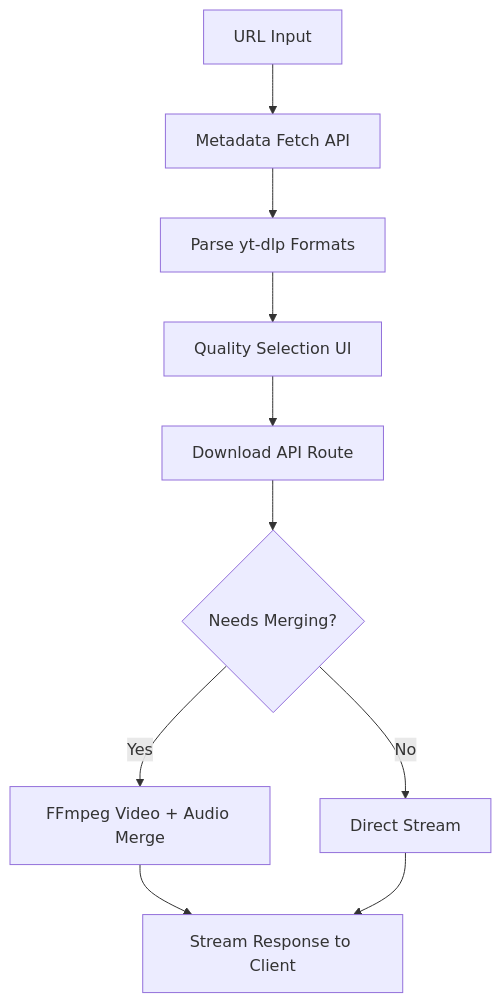
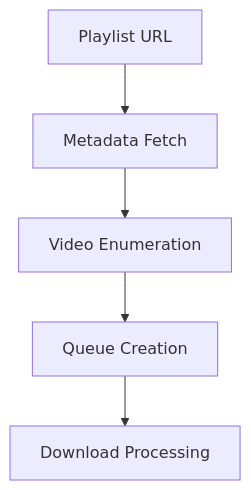
One commit to udaysharmadev/Youtube-Downloader changed the third of 8 diagrams in README.md. Above: the diagram before and after it, drawn with Mermaid. The commit also changed other lines of this file, not shown here.

````diff
--- a/README.md
+++ b/README.md
@@ -33,12 +72,7 @@
 ```mermaid
-graph TD
-    A[URL Input] --> B[Metadata Fetch API]
-    B --> C[Parse yt-dlp Formats]
-    C --> D[Quality Selection UI]
-    D --> E[Download API Route]
-    E --> F{Needs Merging?}
-    F -->|Yes| G[FFmpeg Video + Audio Merge]
-    F -->|No| H[Direct Stream]
-    G --> I[Stream Response to Client]
-    H --> I
+flowchart TD
+  A[Playlist URL] --> B[Metadata Fetch]
+  B --> C[Video Enumeration]
+  C --> D[Queue Creation]
+  D --> E[Download Processing]
 ```
````
